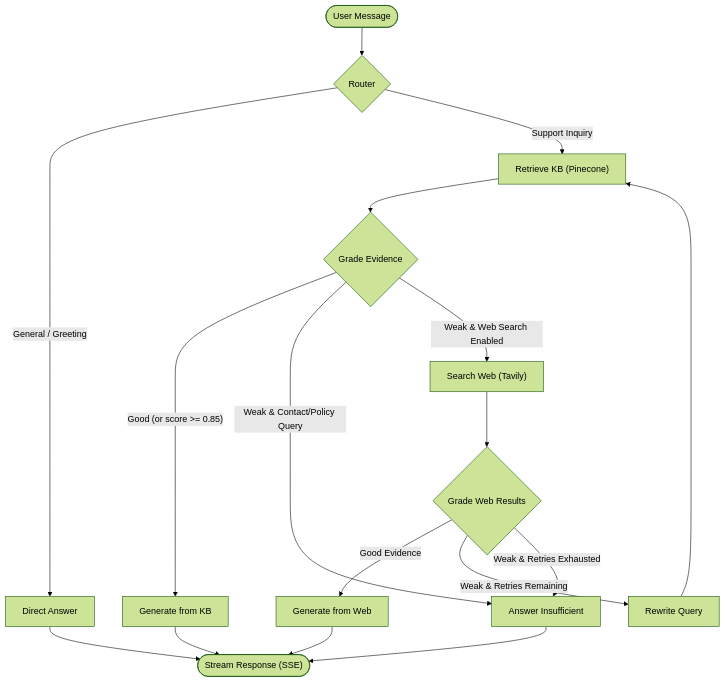
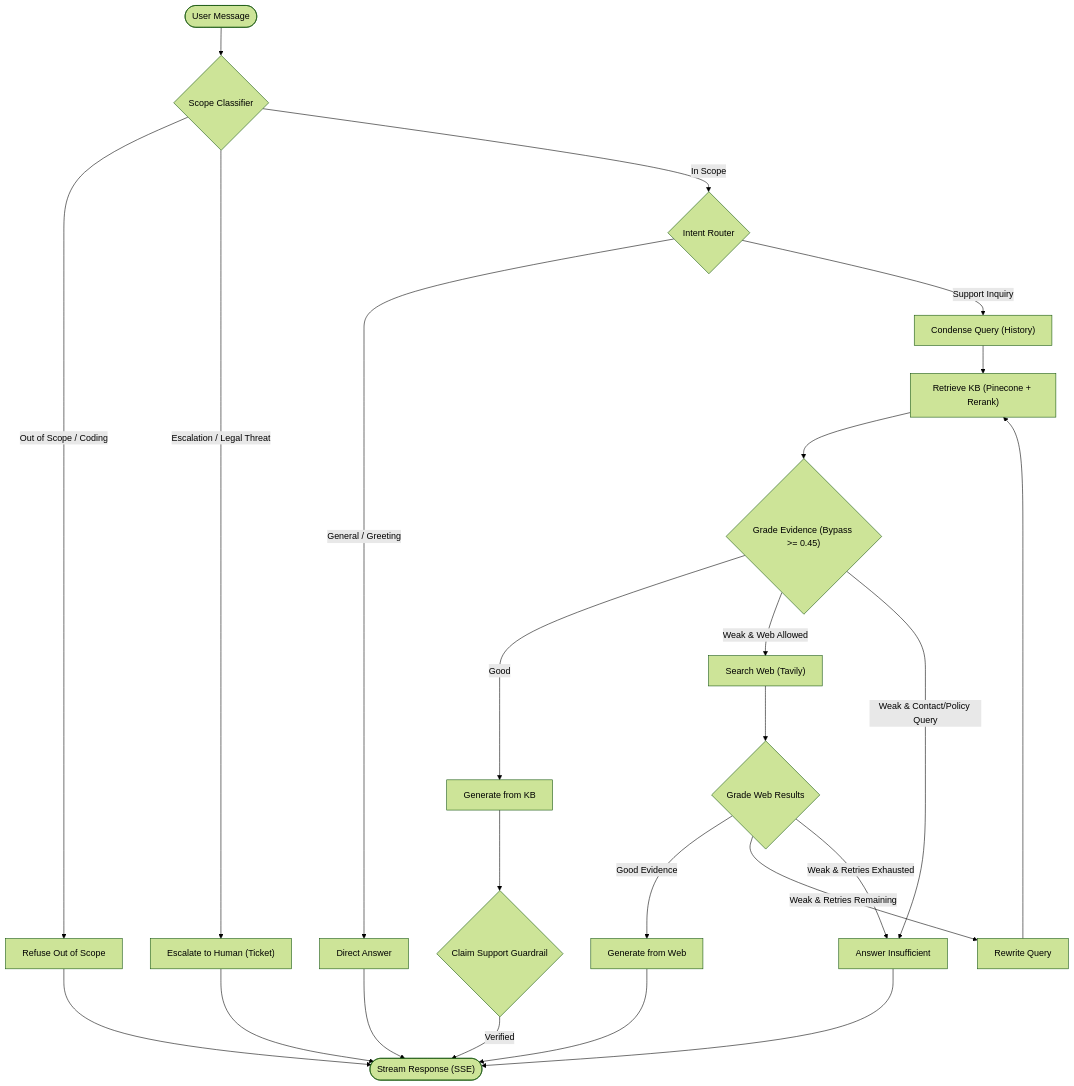
Before and after one commit to tilakchow/agentic-customer-support-rag: the diagram in README.md, drawn with Mermaid (forest theme). The commit also changed other lines of this file and 4 other files, not shown here.

Commit message:
docs(M7): align architecture, security guardrails, scoreboard, and operator documentation

````diff
--- a/README.md
+++ b/README.md
@@ -36,26 +37,34 @@
 ```mermaid
 graph TD
-    Start(["User Message"]) --> Router{"Router"}
-    
+    Start(["User Message"]) --> Scope{"Scope Classifier"}
+
+    Scope -- "Out of Scope / Coding" --> Refuse["Refuse Out of Scope"]
+    Scope -- "Escalation / Legal Threat" --> Escalate["Escalate to Human (Ticket)"]
+    Scope -- "In Scope" --> Router{"Intent Router"}
+
     Router -- "General / Greeting" --> Direct["Direct Answer"]
-    Router -- "Support Inquiry" --> RetrieveKB["Retrieve KB (Pinecone)"]
-    
-    RetrieveKB --> GradeKB{"Grade Evidence"}
-    
-    GradeKB -- "Good (or score >= 0.85)" --> GenKB["Generate from KB"]
+    Router -- "Support Inquiry" --> Condense["Condense Query (History)"]
+
+    Condense --> RetrieveKB["Retrieve KB (Pinecone + Rerank)"]
+    RetrieveKB --> GradeKB{"Grade Evidence (Bypass >= 0.45)"}
+
+    GradeKB -- "Good" --> GenKB["Generate from KB"]
+    GenKB --> Faithfulness{"Claim Support Guardrail"}
+    Faithfulness -- "Verified" --> Stream(["Stream Response (SSE)"])
+
+    GradeKB -- "Weak & Web Allowed" --> WebSearch["Search Web (Tavily)"]
     GradeKB -- "Weak & Contact/Policy Query" --> Insufficient["Answer Insufficient"]
-    GradeKB -- "Weak & Web Search Enabled" --> WebSearch["Search Web (Tavily)"]
-    
+
     WebSearch --> GradeWeb{"Grade Web Results"}
-    
     GradeWeb -- "Good Evidence" --> GenWeb["Generate from Web"]
     GradeWeb -- "Weak & Retries Remaining" --> Rewrite["Rewrite Query"]
     GradeWeb -- "Weak & Retries Exhausted" --> Insufficient
-    
+
     Rewrite --> RetrieveKB
-    
-    GenKB --> End(["Stream Response (SSE)"])
-    GenWeb --> End
-    Direct --> End
-    Insufficient --> End
+
+    Refuse --> Stream
+    Escalate --> Stream
+    Direct --> Stream
+    GenWeb --> Stream
+    Insufficient --> Stream
 ```
````
